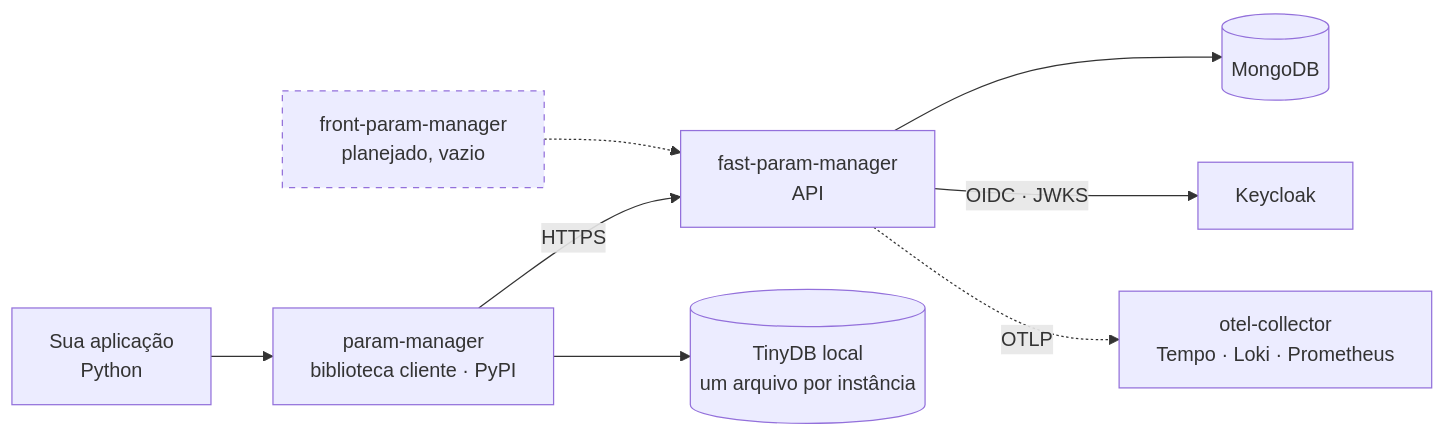
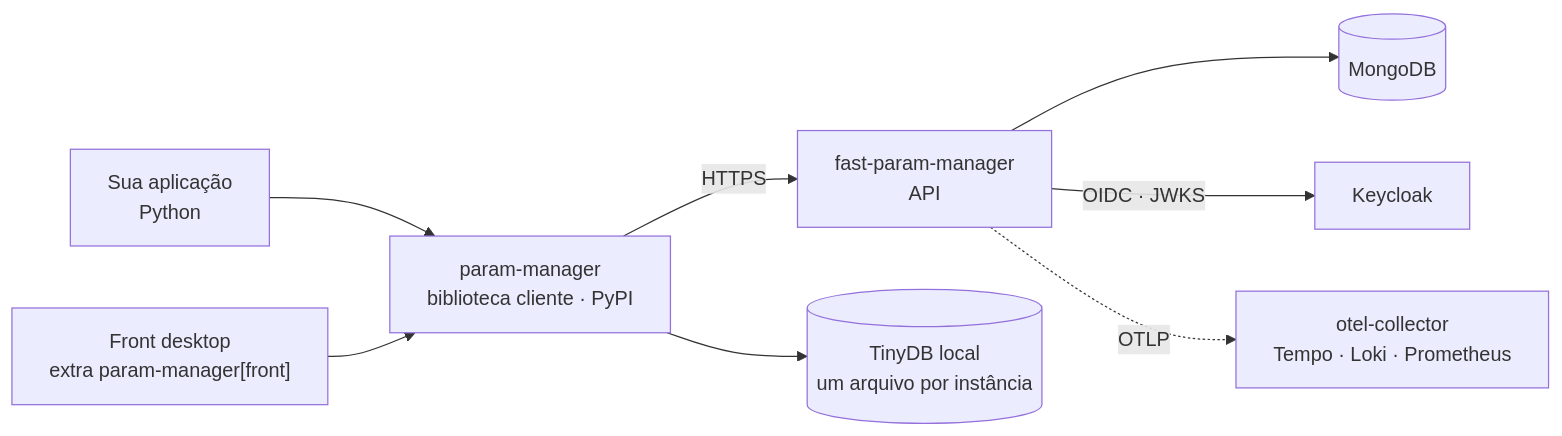
Before and after one commit to MatheusLPolidoro/docs-param-manager: the diagram in docs/produto/arquitetura.md, drawn with Mermaid. The commit also changed 12 other files, not shown here.

First line of the commit message:
[DOCS] Atualize o site para o cliente 0.6.0 e o front embutido.

````diff
--- a/docs/produto/arquitetura.md
+++ b/docs/produto/arquitetura.md
@@ -7,15 +7,13 @@
 ```mermaid
 flowchart LR
     accTitle: Contexto do produto Param Manager
-    accDescr: A aplicação do usuário usa a biblioteca param-manager, que fala HTTP com a API fast-param-manager e guarda uma cópia local em TinyDB. A API guarda os dados no MongoDB e delega identidade ao Keycloak, exportando telemetria para o coletor OpenTelemetry.
+    accDescr: A aplicação do usuário usa a biblioteca param-manager, que fala HTTP com a API fast-param-manager e guarda uma cópia local em TinyDB. O front desktop, extra da biblioteca, também passa por ela. A API guarda os dados no MongoDB e delega identidade ao Keycloak, exportando telemetria para o coletor OpenTelemetry.
 
     APP["Sua aplicação<br/>Python"] --> LIB["param-manager<br/>biblioteca cliente · PyPI"]
     LIB -->|HTTPS| API["fast-param-manager<br/>API"]
     LIB --> TDB[("TinyDB local<br/>um arquivo por instância")]
     API --> MONGO[("MongoDB")]
     API -->|OIDC · JWKS| KC["Keycloak"]
     API -.OTLP.-> OTEL["otel-collector<br/>Tempo · Loki · Prometheus"]
-    FRONT["front-param-manager<br/>planejado, vazio"] -.-> API
-
-    style FRONT stroke-dasharray: 5 5
+    FRONT["Front desktop<br/>extra param-manager[front]"] --> LIB
 ```
````
